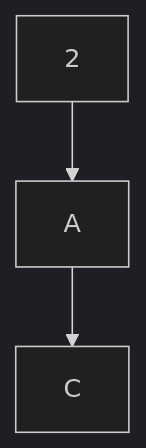
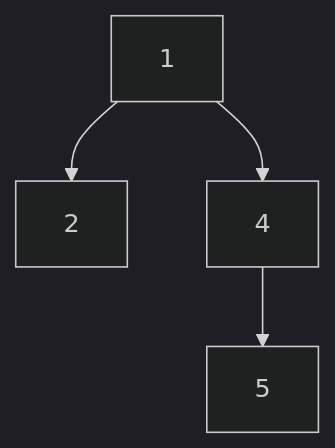
The diagram in Lab3/Lab3.md (chdonncha/Advanced-Databases), drawn with Mermaid (dark theme) before and after one commit. The commit also changed other lines of this file and 1 other file, not shown here.

````diff
--- a/Lab3/Lab3.md
+++ b/Lab3/Lab3.md
@@ -91,5 +97,7 @@
 ```{mermaid}
 graph TD;
-  2-->A;
-  A-->C;
+  1-->2;
+  1-->4;
+  4-->5
+
 ```
````
